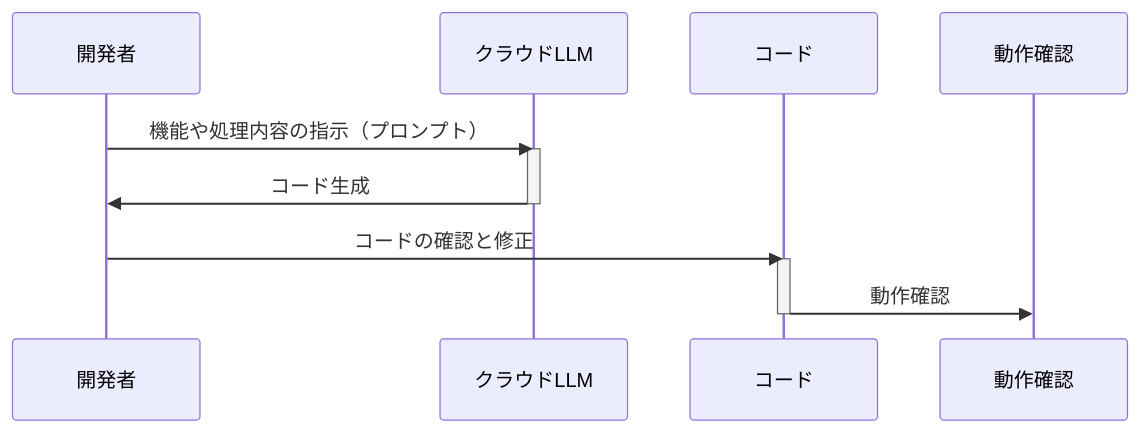
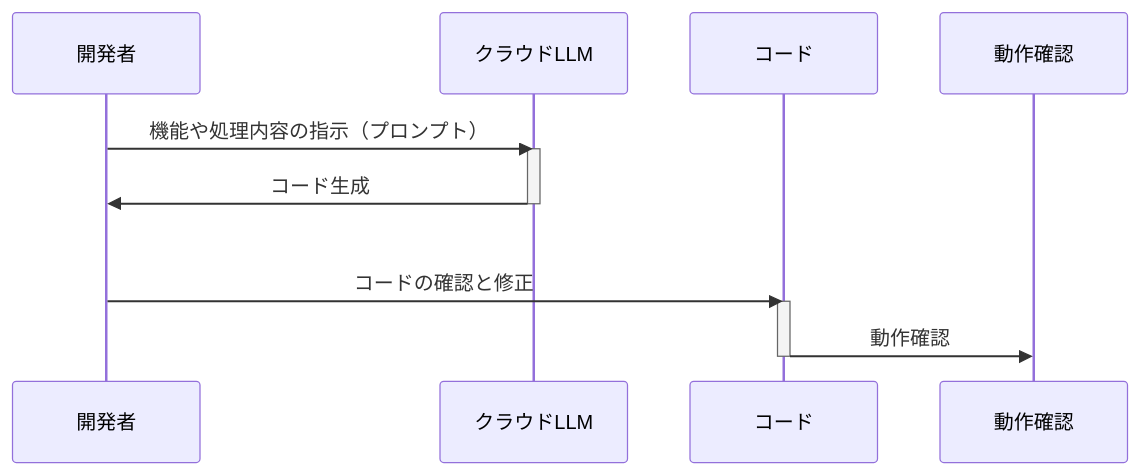
Before and after one commit to SparklingDetergent/doc_genai_Regarding_the_use_of_local_LLM_and_LLM_on_cloud_services: the third of 7 diagrams in README.md, drawn with Mermaid. The commit also changed other lines of this file, not shown here.

````diff
--- a/README.md
+++ b/README.md
@@ -110,16 +111,16 @@
 ```mermaid
 sequenceDiagram
     participant 開発者
     participant クラウドLLM
     participant コード
 
     開発者->>クラウドLLM: 機能や処理内容の指示（プロンプト）
     activate クラウドLLM
     クラウドLLM->>開発者: コード生成
     deactivate クラウドLLM
-    開発者->>コード: コードの確認と修正
+    開発者->>コード: <br/><br/>コードの確認と修正
     activate コード
     コード->>動作確認: 動作確認
     deactivate コード
 
 ```
````
